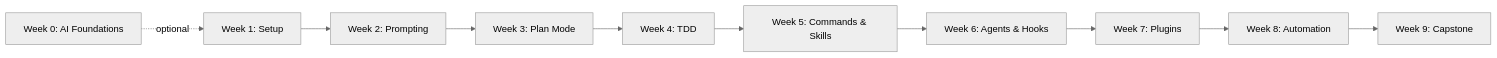
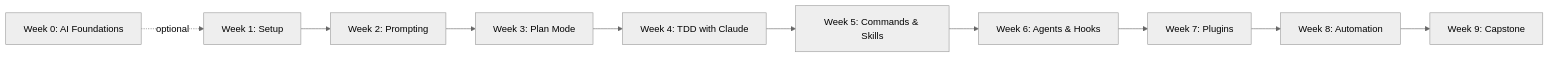
Before and after one commit to RealManage/dx-training: the diagram in courses/ai-101-claude-code/README.md, drawn with Mermaid (neutral theme). The commit also changed other lines of this file and 59 other files, not shown here.

````diff
--- a/courses/ai-101-claude-code/README.md
+++ b/courses/ai-101-claude-code/README.md
@@ -54,12 +54,12 @@
 ```mermaid
 graph LR
     A[Week 0: AI Foundations] -.->|optional| B[Week 1: Setup]
     B --> C[Week 2: Prompting]
     C --> D[Week 3: Plan Mode]
-    D --> E[Week 4: TDD]
+    D --> E[Week 4: TDD with Claude]
     E --> F[Week 5: Commands & Skills]
     F --> G[Week 6: Agents & Hooks]
     G --> H[Week 7: Plugins]
     H --> I[Week 8: Automation]
     I --> J[Week 9: Capstone]
 ```
````
